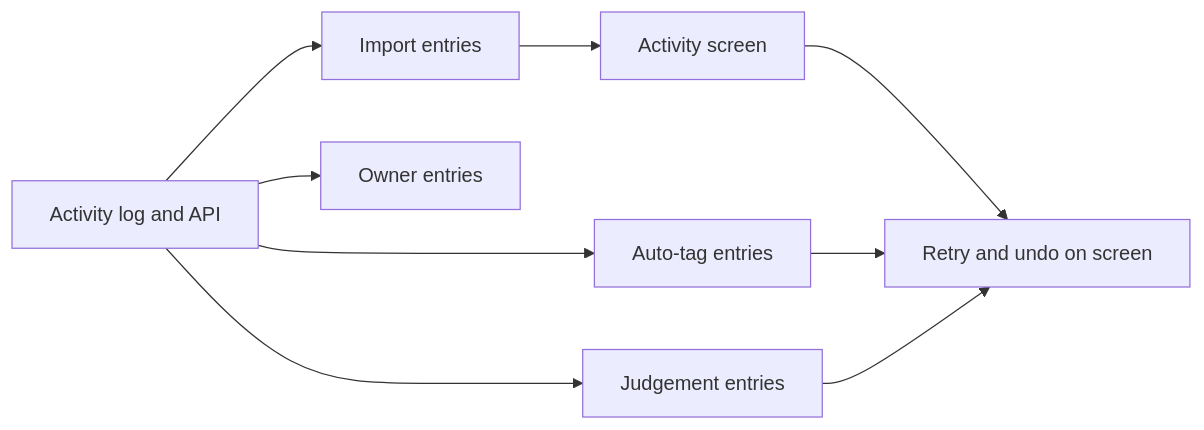
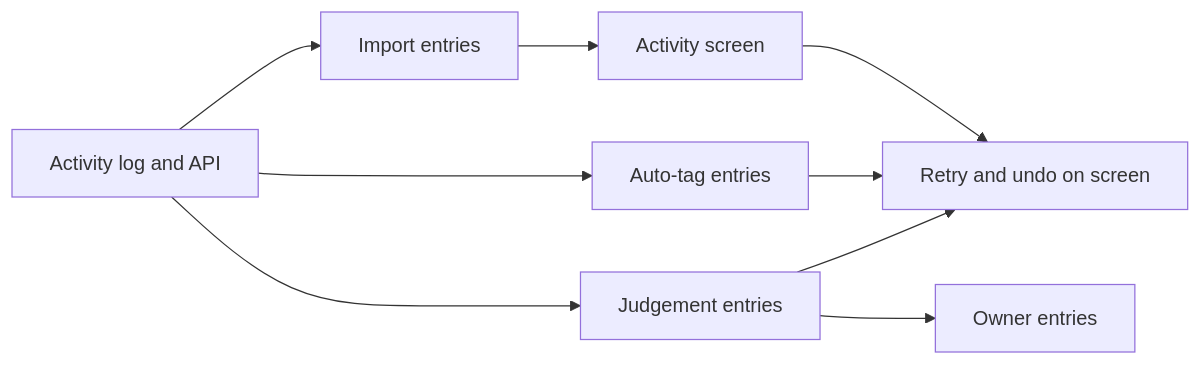
One commit to syudead/vv changed the second of 2 diagrams in specs/055-activity/plan.md. Above: the diagram before and after it, drawn with Mermaid. The commit also changed other lines of this file and 3 other files, not shown here.

````diff
--- a/specs/055-activity/plan.md
+++ b/specs/055-activity/plan.md
@@ -155,11 +158,11 @@
 ```mermaid
 flowchart LR
   log[Activity log and API] --> imp[Import entries]
   log --> tag[Auto-tag entries]
   log --> dup[Judgement entries]
-  log --> own[Owner entries]
+  dup --> own[Owner entries]
   imp --> screen[Activity screen]
   screen --> actions[Retry and undo on screen]
   tag --> actions
   dup --> actions
 ```
````
